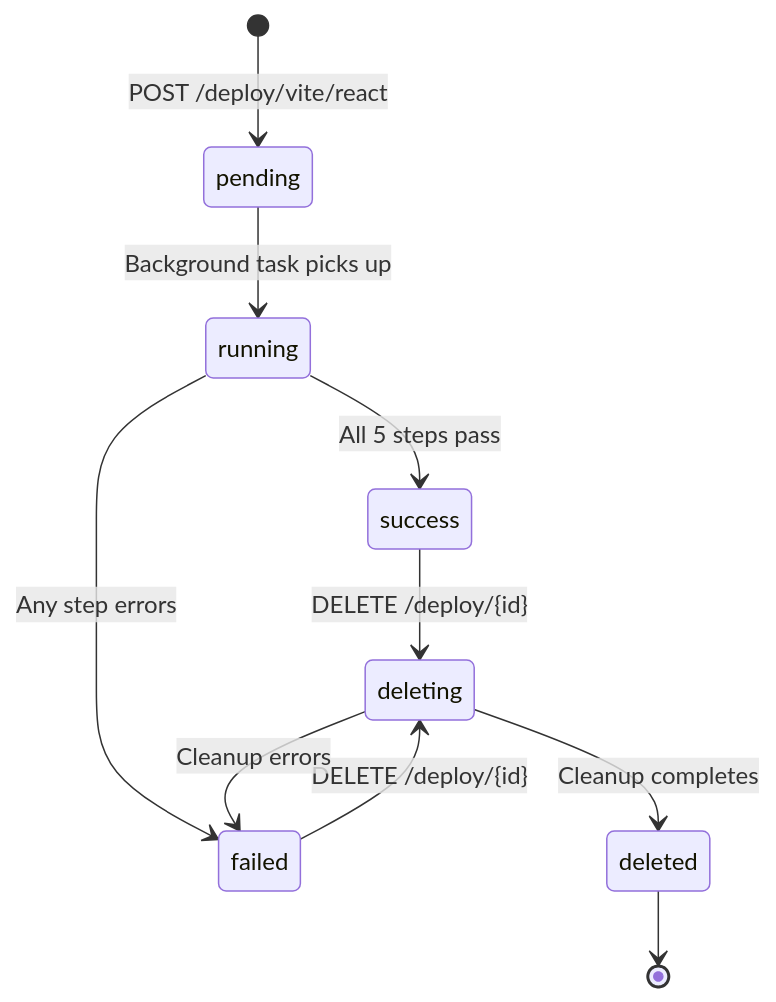
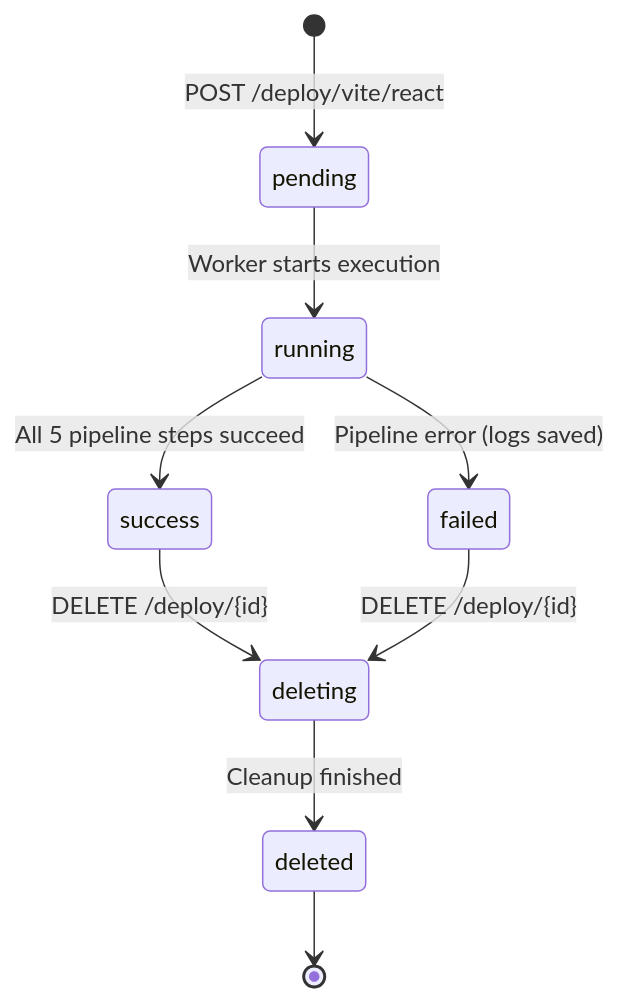
Before and after one commit to Dev-Saurabh-K/deployCode: the second of 2 diagrams in api_documentation.md, drawn with Mermaid. The commit also changed other lines of this file and 4 other files, not shown here.

````diff
--- a/api_documentation.md
+++ b/api_documentation.md
@@ -781,12 +427,11 @@
 ```mermaid
 stateDiagram-v2
     [*] --> pending: POST /deploy/vite/react
-    pending --> running: Background task picks up
-    running --> success: All 5 steps pass
-    running --> failed: Any step errors
+    pending --> running: Worker starts execution
+    running --> success: All 5 pipeline steps succeed
+    running --> failed: Pipeline error (logs saved)
     success --> deleting: DELETE /deploy/{id}
     failed --> deleting: DELETE /deploy/{id}
-    deleting --> deleted: Cleanup completes
-    deleting --> failed: Cleanup errors
+    deleting --> deleted: Cleanup finished
     deleted --> [*]
 ```
````
